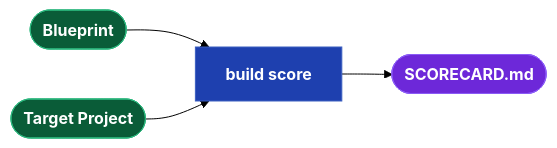
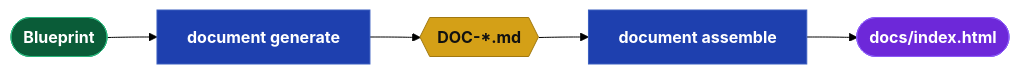
The tenth of 10 diagrams in docs/Drydock_Specification.md (webcloudstudio/Drydock), drawn with Mermaid (forest theme) before and after one commit. The commit also changed other lines of this file and 2 other files, not shown here.

First line of the commit message:
Restructure specification around the Setup-Plan-Build-Iterate lifecycle

````diff
--- a/docs/Drydock_Specification.md
+++ b/docs/Drydock_Specification.md
@@ -1177,10 +1204,14 @@
 ```mermaid
 flowchart LR
   classDef dir    fill:#0a5c38,stroke:#2cb67d,color:#fff,font-weight:bold
+  classDef md     fill:#d4a017,stroke:#a07810,color:#111,font-weight:bold
   classDef script fill:#1e40af,stroke:#3b5fc0,color:#fff,font-weight:bold
+  classDef prompt fill:#c2410c,stroke:#ea580c,color:#fff,font-weight:bold
   classDef output fill:#6d28d9,stroke:#8b5cf6,color:#fff,font-weight:bold
+  classDef web    fill:#be123c,stroke:#fb7185,color:#fff,font-weight:bold
 
-  SPEC(["Blueprint"]):::dir --> SCORE["build score"]:::script
-  TGT(["Target Project"]):::dir --> SCORE
-  SCORE --> SC(["SCORECARD.md"]):::output
+  SPEC(["Blueprint"]):::dir --> GEN["document generate"]:::script
+  GEN --> DOCMD{{"DOC-*.md"}}:::md
+  DOCMD --> ASSEMBLE["document assemble"]:::script
+  ASSEMBLE --> HTML(["docs/index.html"]):::output
 ```
````
